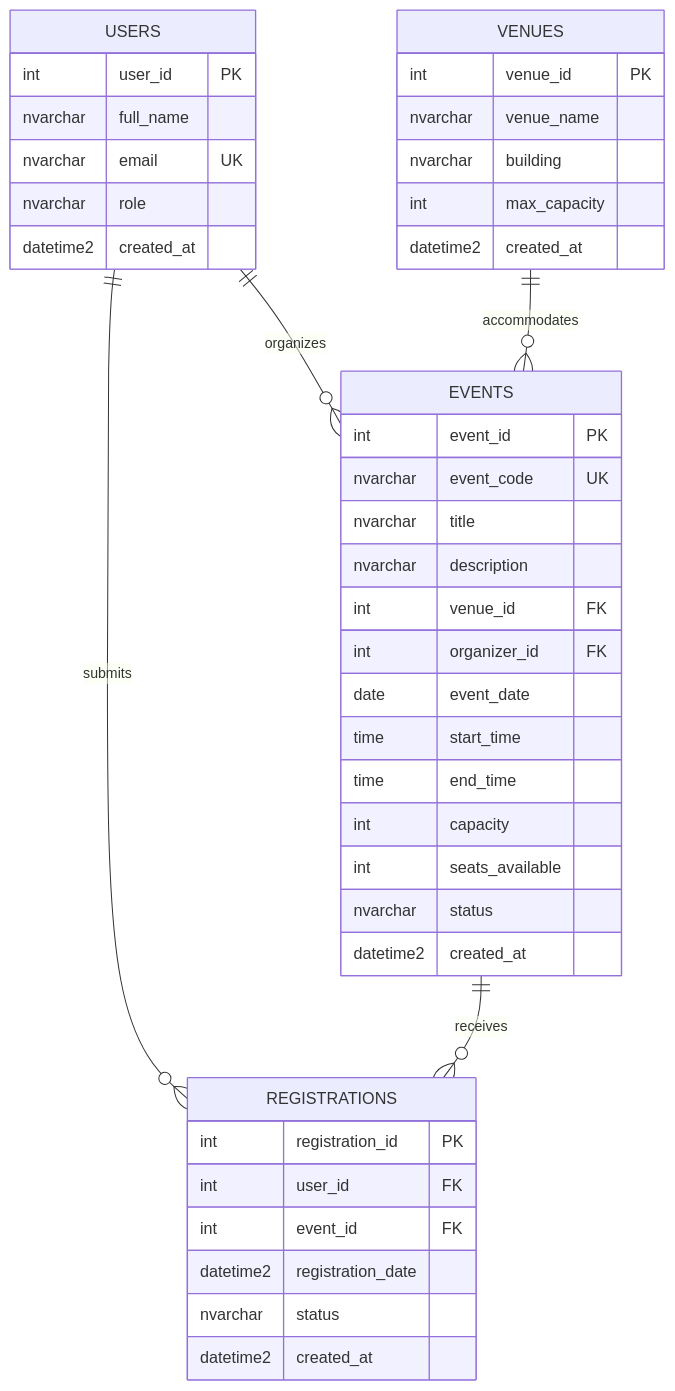
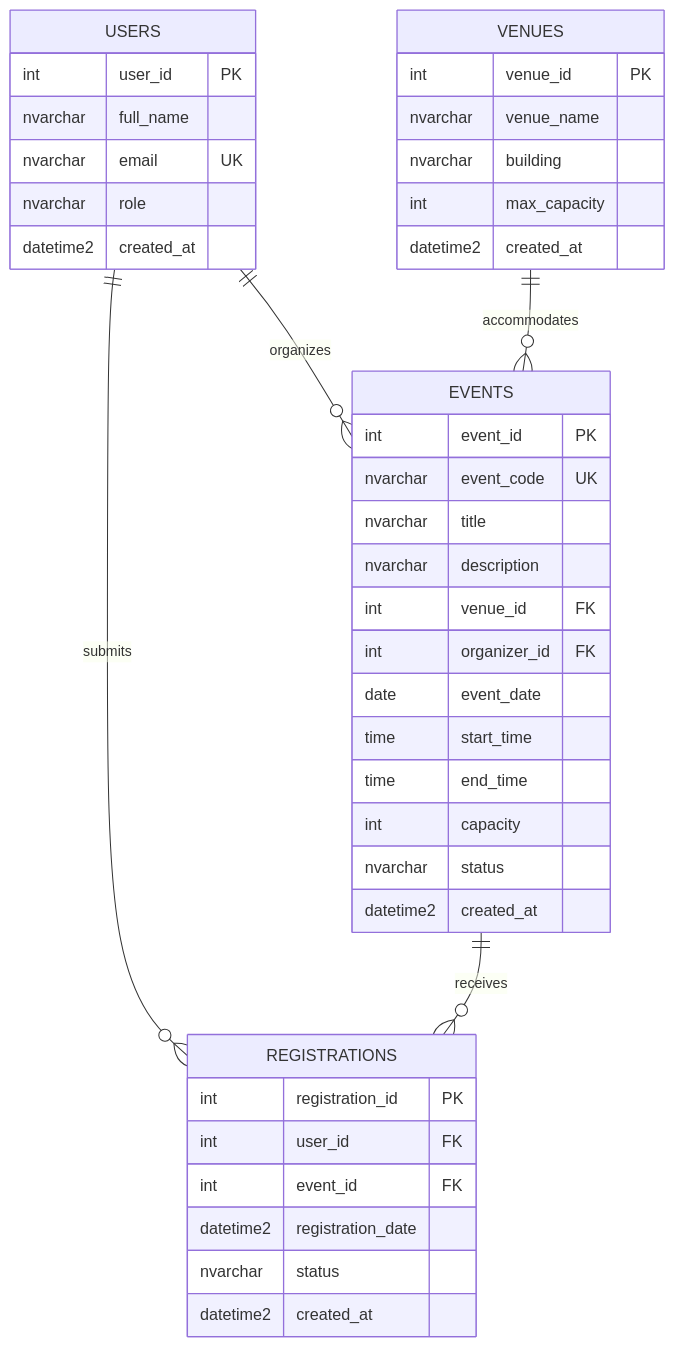
The diagram in README.md (Ippo-2/ITPE006LA-IT-PROFESSIONAL-ELECTIVE-LAB-SUMMATIVE), drawn with Mermaid before and after one commit. The commit also changed other lines of this file and 3 other files, not shown here.

Commit message:
Complete Task 1 and harden seat schema

````diff
--- a/README.md
+++ b/README.md
@@ -82,48 +90,47 @@
 ```mermaid
 erDiagram
     USERS ||--o{ REGISTRATIONS : "submits"
     USERS ||--o{ EVENTS : "organizes"
     VENUES ||--o{ EVENTS : "accommodates"
     EVENTS ||--o{ REGISTRATIONS : "receives"
 
     USERS {
         int user_id PK
         nvarchar full_name
         nvarchar email UK
         nvarchar role
         datetime2 created_at
     }
 
     VENUES {
         int venue_id PK
         nvarchar venue_name
         nvarchar building
         int max_capacity
         datetime2 created_at
     }
 
     EVENTS {
         int event_id PK
         nvarchar event_code UK
         nvarchar title
         nvarchar description
         int venue_id FK
         int organizer_id FK
         date event_date
         time start_time
         time end_time
         int capacity
-        int seats_available
         nvarchar status
         datetime2 created_at
     }
 
     REGISTRATIONS {
         int registration_id PK
         int user_id FK
         int event_id FK
         datetime2 registration_date
         nvarchar status
         datetime2 created_at
     }
 ```
````
